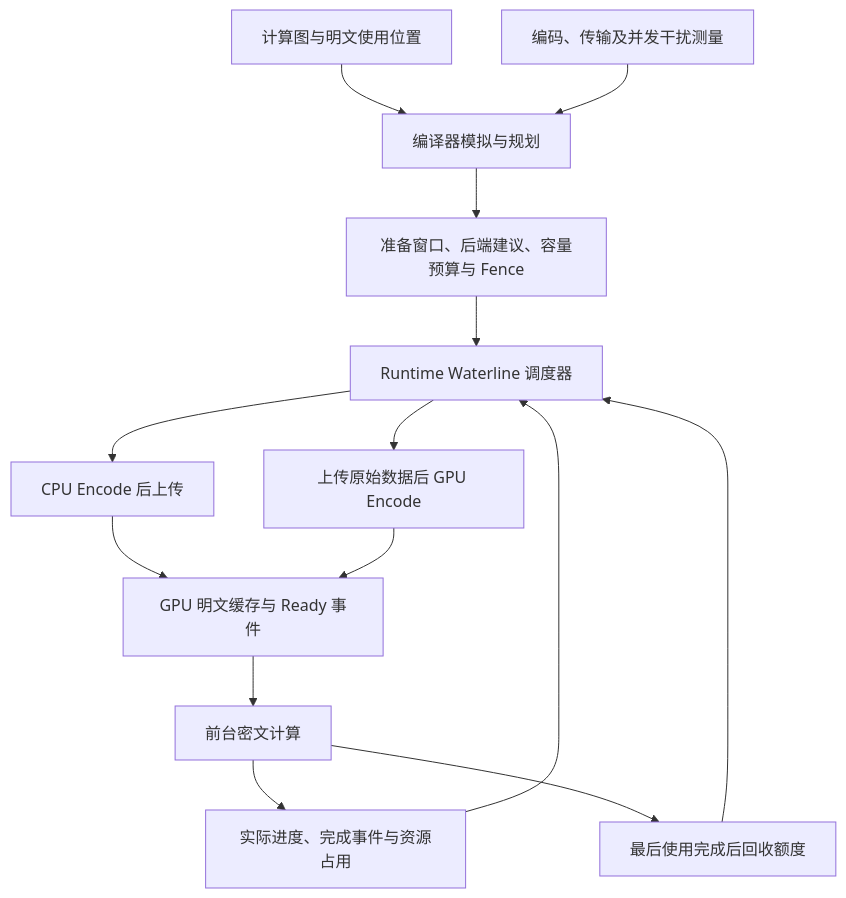
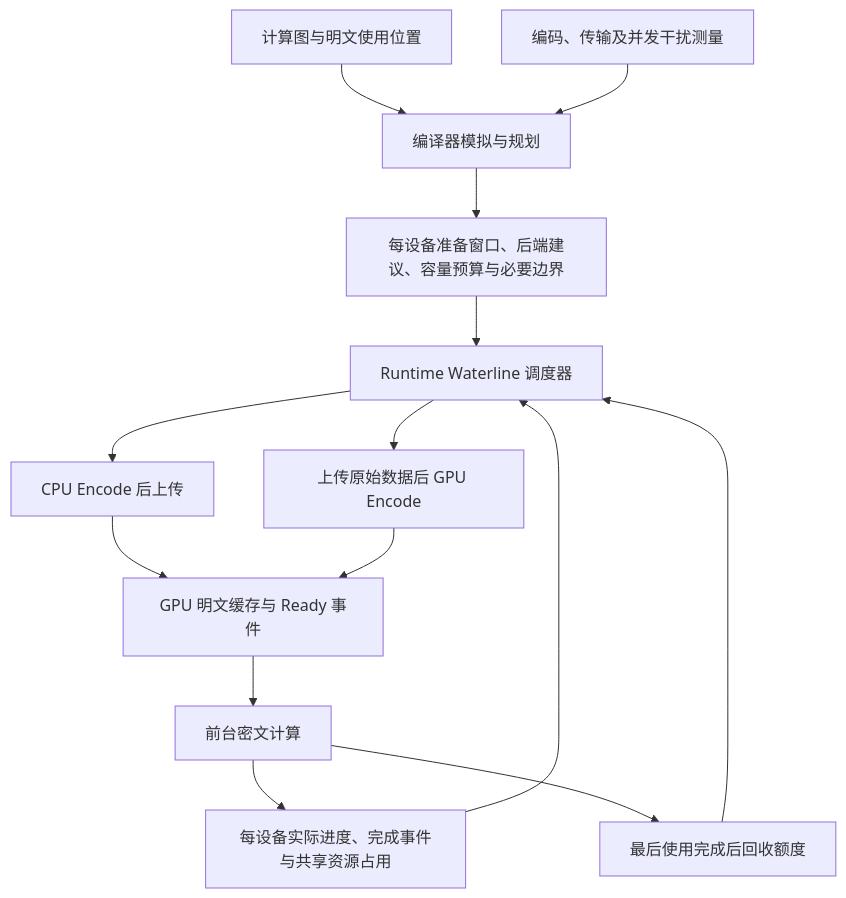
The diagram in docs/poseidon-waterline-hybrid-encode-plan.zh-CN.md (mingerfan/poseidon), drawn with Mermaid before and after one commit. The commit also changed other lines of this file, not shown here.

````diff
--- a/docs/poseidon-waterline-hybrid-encode-plan.zh-CN.md
+++ b/docs/poseidon-waterline-hybrid-encode-plan.zh-CN.md
@@ -34,16 +36,16 @@
 ```mermaid
 flowchart TD
     G[计算图与明文使用位置] --> C[编译器模拟与规划]
     P[编码、传输及并发干扰测量] --> C
-    C --> W[准备窗口、后端建议、容量预算与 Fence]
+    C --> W[每设备准备窗口、后端建议、容量预算与必要边界]
     W --> R[Runtime Waterline 调度器]
-    E[实际进度、完成事件与资源占用] --> R
+    E[每设备实际进度、完成事件与共享资源占用] --> R
     R --> CPU[CPU Encode 后上传]
     R --> GPU[上传原始数据后 GPU Encode]
     CPU --> Q[GPU 明文缓存与 Ready 事件]
     GPU --> Q
     Q --> F[前台密文计算]
     F --> E
     F --> L[最后使用完成后回收额度]
     L --> R
 ```
````
